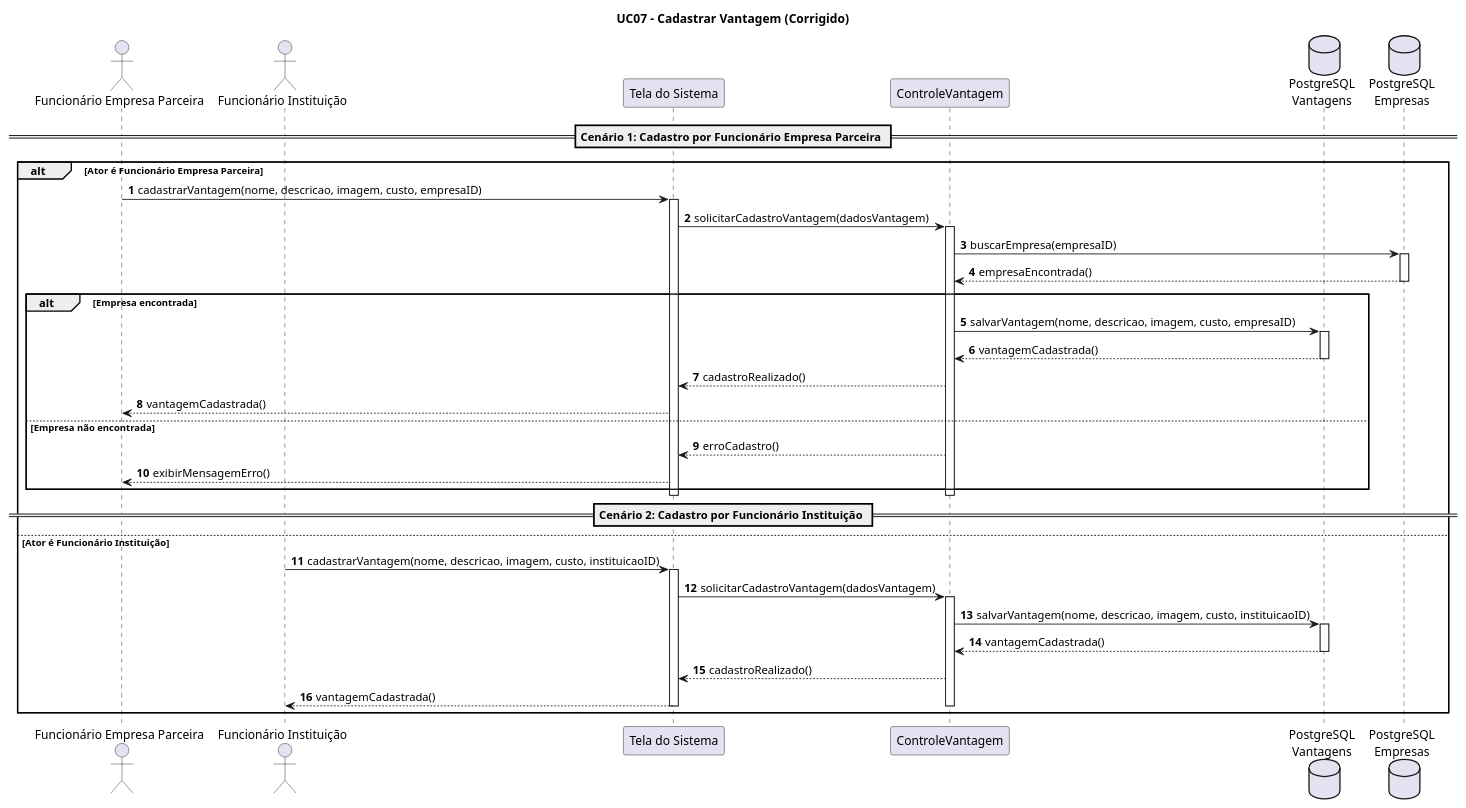
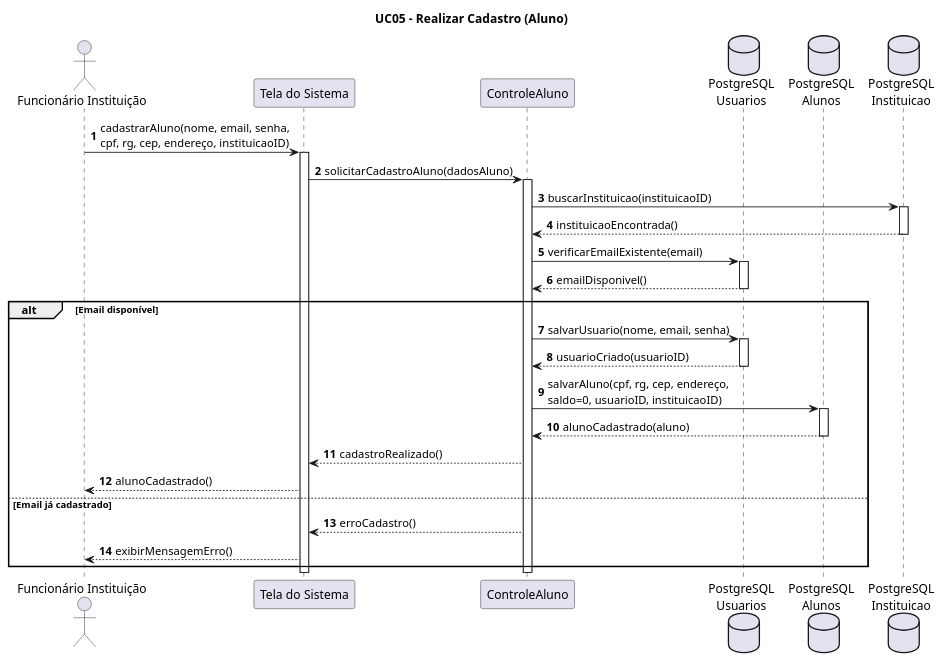
One commit to arturbomtempo-dev/lumen-coin changed the diagram in docs/diagrams/sequence-diagram/source/uc-05.puml. Above: the diagram before and after it, drawn with PlantUML. The commit also changed 3 other files, not shown here.

```diff
--- a/docs/diagrams/sequence-diagram/source/uc-05.puml
+++ b/docs/diagrams/sequence-diagram/source/uc-05.puml
@@ -1,59 +1,51 @@
 @startuml
 
 autonumber
 
-title UC07 - Cadastrar Vantagem (Corrigido)
+title UC05 - Realizar Cadastro (Aluno)
 
-actor "Funcionário Empresa Parceira" as FEP
 actor "Funcionário Instituição" as FI
 participant "Tela do Sistema" as Tela
-participant "ControleVantagem" as CV
-database "PostgreSQL\nVantagens" as DBVantagem
-database "PostgreSQL\nEmpresas" as DBEmpresa
+participant "ControleAluno" as CA
+database "PostgreSQL\nUsuarios" as DBUsuario
+database "PostgreSQL\nAlunos" as DBAluno
+database "PostgreSQL\nInstituicao" as DBInstituicao
 
-== Cenário 1: Cadastro por Funcionário Empresa Parceira ==
-alt Ator é Funcionário Empresa Parceira
-    FEP -> Tela : cadastrarVantagem(nome, descricao, imagem, custo, empresaID)
-    activate Tela
-    Tela -> CV : solicitarCadastroVantagem(dadosVantagem)
-    activate CV
-    
-    CV -> DBEmpresa : buscarEmpresa(empresaID)
-    activate DBEmpresa
-    DBEmpresa --> CV : empresaEncontrada()
-    deactivate DBEmpresa
-    
-    alt Empresa encontrada
-        CV -> DBVantagem : salvarVantagem(nome, descricao, imagem, custo, empresaID)
-        activate DBVantagem
-        DBVantagem --> CV : vantagemCadastrada()
-        deactivate DBVantagem
-        CV --> Tela : cadastroRealizado()
-        Tela --> FEP : vantagemCadastrada()
-    else Empresa não encontrada
-        CV --> Tela : erroCadastro()
-        Tela --> FEP : exibirMensagemErro()
-    end
-    deactivate CV
-    deactivate Tela
+FI -> Tela : cadastrarAluno(nome, email, senha,\ncpf, rg, cep, endereço, instituicaoID)
+activate Tela
 
-== Cenário 2: Cadastro por Funcionário Instituição ==
-else Ator é Funcionário Instituição
-    FI -> Tela : cadastrarVantagem(nome, descricao, imagem, custo, instituicaoID)
-    activate Tela
-    Tela -> CV : solicitarCadastroVantagem(dadosVantagem)
-    activate CV
-    
-    ' Não busca na tabela de empresas parceiras, salva direto atrelando à Instituição
-    CV -> DBVantagem : salvarVantagem(nome, descricao, imagem, custo, instituicaoID)
-    activate DBVantagem
-    DBVantagem --> CV : vantagemCadastrada()
-    deactivate DBVantagem
-    
-    CV --> Tela : cadastroRealizado()
-    Tela --> FI : vantagemCadastrada()
-    deactivate CV
-    deactivate Tela
+Tela -> CA : solicitarCadastroAluno(dadosAluno)
+activate CA
+
+CA -> DBInstituicao : buscarInstituicao(instituicaoID)
+activate DBInstituicao
+DBInstituicao --> CA : instituicaoEncontrada()
+deactivate DBInstituicao
+
+CA -> DBUsuario : verificarEmailExistente(email)
+activate DBUsuario
+DBUsuario --> CA : emailDisponivel()
+deactivate DBUsuario
+
+alt Email disponível
+    CA -> DBUsuario : salvarUsuario(nome, email, senha)
+    activate DBUsuario
+    DBUsuario --> CA : usuarioCriado(usuarioID)
+    deactivate DBUsuario
+
+    CA -> DBAluno : salvarAluno(cpf, rg, cep, endereço,\nsaldo=0, usuarioID, instituicaoID)
+    activate DBAluno
+    DBAluno --> CA : alunoCadastrado(aluno)
+    deactivate DBAluno
+
+    CA --> Tela : cadastroRealizado()
+    Tela --> FI : alunoCadastrado()
+else Email já cadastrado
+    CA --> Tela : erroCadastro()
+    Tela --> FI : exibirMensagemErro()
 end
 
+
+deactivate CA
+deactivate Tela
 @enduml
```
